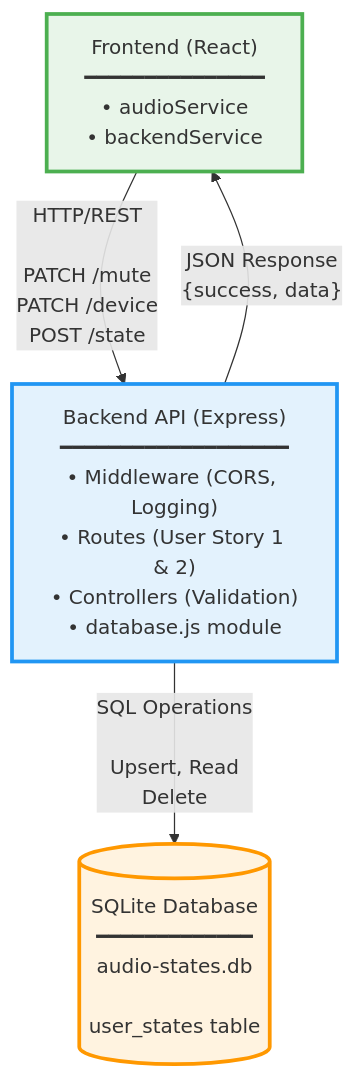
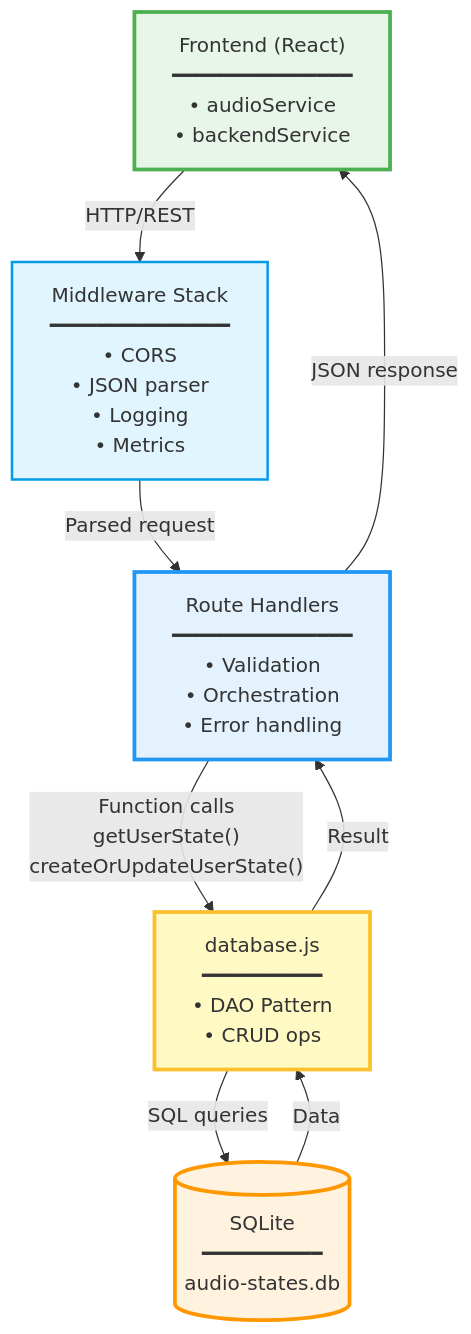
One commit to arthur900530/team-bug-farmers changed the first of 4 diagrams in BACKEND_INTERNAL_ARCHITECTURE.md. Above: the diagram before and after it, drawn with Mermaid. The commit also changed other lines of this file and 9 other files, not shown here.

Commit message:
updated documentation and added audio state to read packets as a second way to verify mute.

````diff
--- a/BACKEND_INTERNAL_ARCHITECTURE.md
+++ b/BACKEND_INTERNAL_ARCHITECTURE.md
@@ -69,16 +70,26 @@
 ```mermaid
 graph TB
     Frontend["Frontend (React)<br/>━━━━━━━━━━━━━━━<br/>• audioService<br/>• backendService"] 
     
-    Backend["Backend API (Express)<br/>━━━━━━━━━━━━━━━━━━━<br/>• Middleware (CORS, Logging)<br/>• Routes (User Story 1 & 2)<br/>• Controllers (Validation)<br/>• database.js module"]
+    Middleware["Middleware Stack<br/>━━━━━━━━━━━━━━━<br/>• CORS<br/>• JSON parser<br/>• Logging<br/>• Metrics"]
     
-    DB[("SQLite Database<br/>━━━━━━━━━━━━━<br/>audio-states.db<br/><br/>user_states table")]
+    Routes["Route Handlers<br/>━━━━━━━━━━━━━━━<br/>• Validation<br/>• Orchestration<br/>• Error handling"]
     
-    Frontend -->|"HTTP/REST<br/><br/>PATCH /mute<br/>PATCH /device<br/>POST /state"| Backend
-    Backend -->|"JSON Response<br/>{success, data}"| Frontend
-    Backend -->|"SQL Operations<br/><br/>Upsert, Read<br/>Delete"| DB
+    Database["database.js<br/>━━━━━━━━━━<br/>• DAO Pattern<br/>• CRUD ops"]
+    
+    DB[("SQLite<br/>━━━━━━━━━━<br/>audio-states.db")]
+    
+    Frontend -->|"HTTP/REST"| Middleware
+    Middleware -->|"Parsed request"| Routes
+    Routes -->|"Function calls<br/>getUserState()<br/>createOrUpdateUserState()"| Database
+    Database -->|"SQL queries"| DB
+    DB -->|"Data"| Database
+    Database -->|"Result"| Routes
+    Routes -->|"JSON response"| Frontend
     
     style Frontend fill:#E8F5E9,stroke:#4CAF50,stroke-width:3px
-    style Backend fill:#E3F2FD,stroke:#2196F3,stroke-width:3px
+    style Middleware fill:#E1F5FE,stroke:#039BE5,stroke-width:2px
+    style Routes fill:#E3F2FD,stroke:#2196F3,stroke-width:3px
+    style Database fill:#FFF9C4,stroke:#FBC02D,stroke-width:3px
     style DB fill:#FFF3E0,stroke:#FF9800,stroke-width:3px
 ```
````
